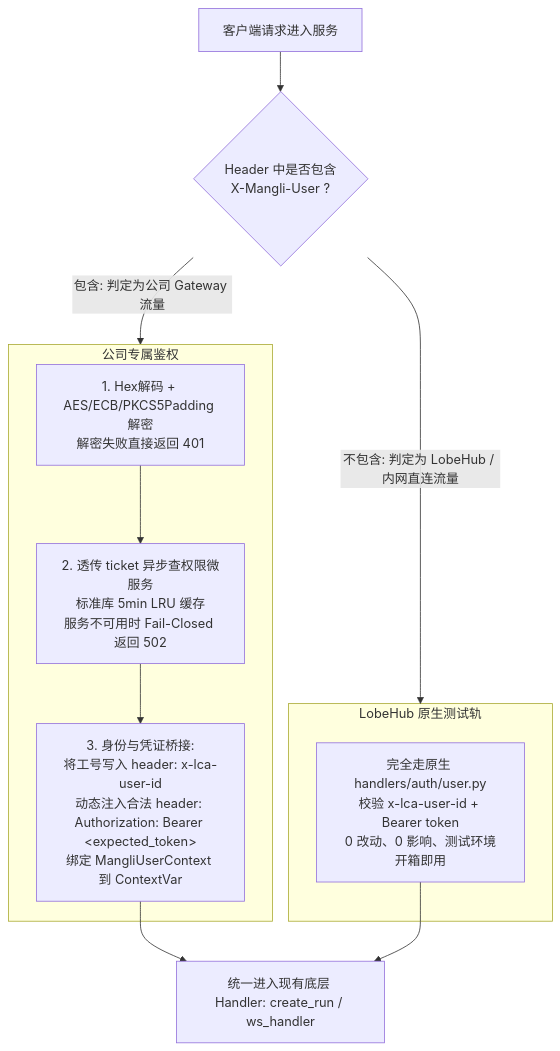
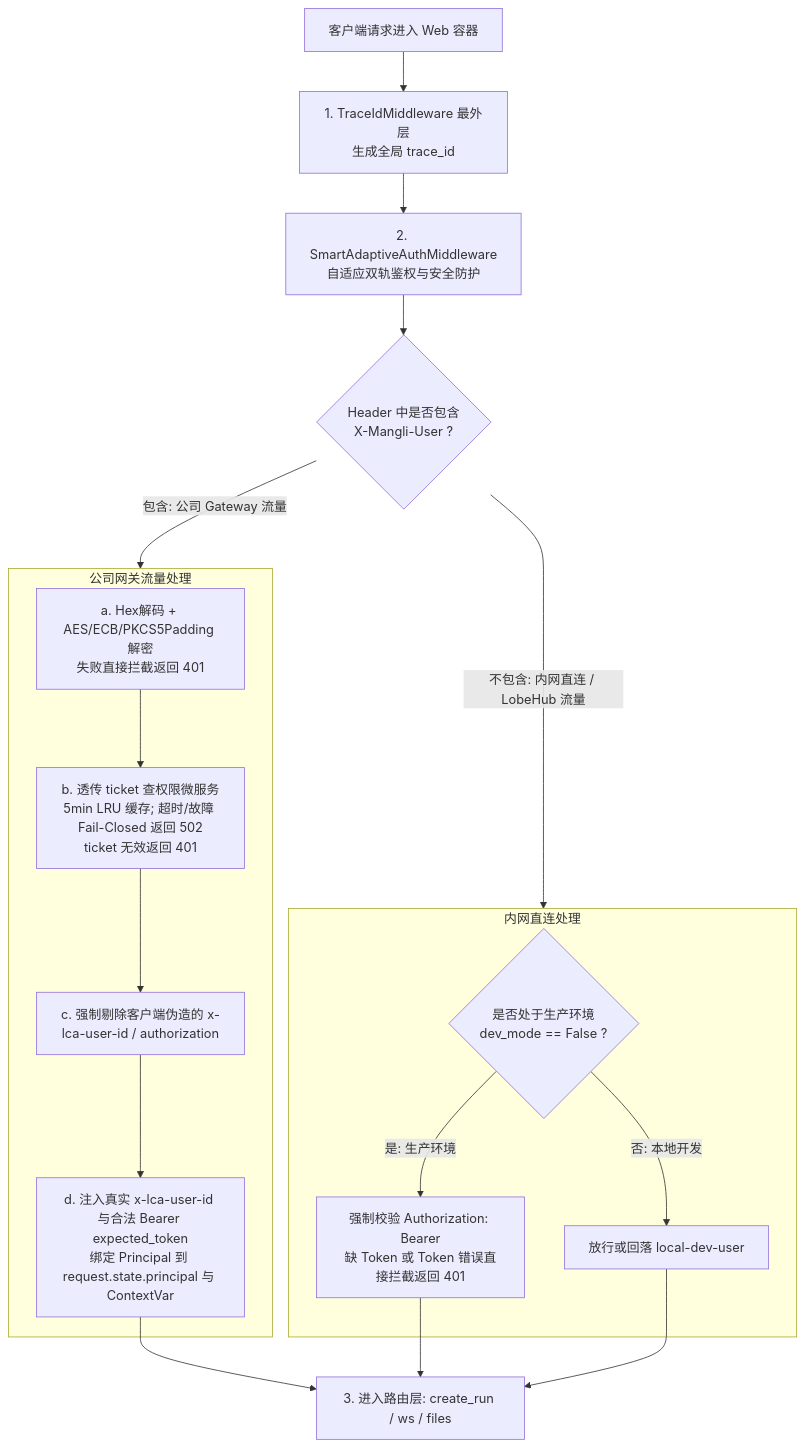
The diagram in docs/plans/2026-11-16-mangli-enterprise-integration-design.md (smartlijingyang-sudo/layered-cognitive-agent), drawn with Mermaid before and after one commit. The commit also changed other lines of this file and 2 other files, not shown here.

Commit message:
fix(plans): fully resolve R1-R19 findings with fail-closed security and native WS protocol

````diff
--- a/docs/plans/2026-11-16-mangli-enterprise-integration-design.md
+++ b/docs/plans/2026-11-16-mangli-enterprise-integration-design.md
@@ -37,21 +51,28 @@
 ```mermaid
 flowchart TD
-    Req[客户端请求进入服务] --> CheckHeader{Header 中是否包含<br>X-Mangli-User ?}
+    Req[客户端请求进入 Web 容器] --> TraceMW[1. TraceIdMiddleware 最外层<br>生成全局 trace_id]
+    TraceMW --> AuthMW[2. SmartAdaptiveAuthMiddleware<br>自适应双轨鉴权与安全防护]
     
-    CheckHeader -->|包含: 判定为公司 Gateway 流量| MangliTrack[公司专属鉴权链路]
-    CheckHeader -->|不包含: 判定为 LobeHub / 内网直连流量| LobeHubTrack[原生鉴权链路]
+    AuthMW --> CheckHeader{Header 中是否包含<br>X-Mangli-User ?}
+    
+    CheckHeader -->|包含: 公司 Gateway 流量| MangliTrack[公司专属网关轨]
+    CheckHeader -->|不包含: 内网直连 / LobeHub 流量| LobeHubTrack[内网 / LobeHub 轨]
 
-    subgraph MangliTrack [公司专属鉴权]
-        HexDec[1. Hex解码 + AES/ECB/PKCS5Padding 解密<br>解密失败直接返回 401]
-        PermFetch[2. 透传 ticket 异步查权限微服务<br>标准库 5min LRU 缓存<br>服务不可用时 Fail-Closed 返回 502]
-        ContextInject["3. 身份与凭证桥接:<br>将工号写入 header: x-lca-user-id<br>动态注入合法 header: Authorization: Bearer &lt;expected_token&gt;<br>绑定 MangliUserContext 到 ContextVar"]
-        HexDec --> PermFetch --> ContextInject
+    subgraph MangliTrack [公司网关流量处理]
+        HexDec[a. Hex解码 + AES/ECB/PKCS5Padding 解密<br>失败直接拦截返回 401]
+        PermFetch[b. 透传 ticket 查权限微服务<br>5min LRU 缓存; 超时/故障 Fail-Closed 返回 502<br>ticket 无效返回 401]
+        StripSpoof[c. 强制剔除客户端伪造的 x-lca-user-id / authorization]
+        InjectReal[d. 注入真实 x-lca-user-id 与合法 Bearer expected_token<br>绑定 Principal 到 request.state.principal 与 ContextVar]
+        HexDec --> PermFetch --> StripSpoof --> InjectReal
     end
 
-    subgraph LobeHubTrack [LobeHub 原生测试轨]
-        NativeAuth[完全走原生 handlers/auth/user.py<br>校验 x-lca-user-id + Bearer token<br>0 改动、0 影响、测试环境开箱即用]
+    subgraph LobeHubTrack [内网直连处理]
+        CheckDev{是否处于生产环境<br>dev_mode == False ?}
+        CheckDev -->|是: 生产环境| VerifyBearer[强制校验 Authorization: Bearer<br>缺 Token 或 Token 错误直接拦截返回 401]
+        CheckDev -->|否: 本地开发| AllowDev[放行或回落 local-dev-user]
     end
 
-    ContextInject --> CoreHandler[统一进入现有底层 Handler: create_run / ws_handler]
-    NativeAuth --> CoreHandler
+    InjectReal --> Router[3. 进入路由层: create_run / ws / files]
+    VerifyBearer --> Router
+    AllowDev --> Router
 ```
````
